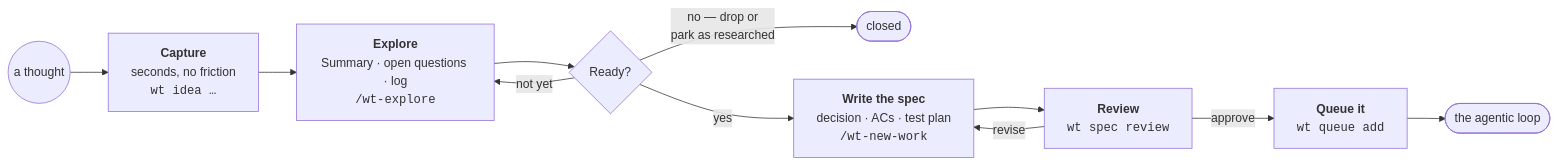
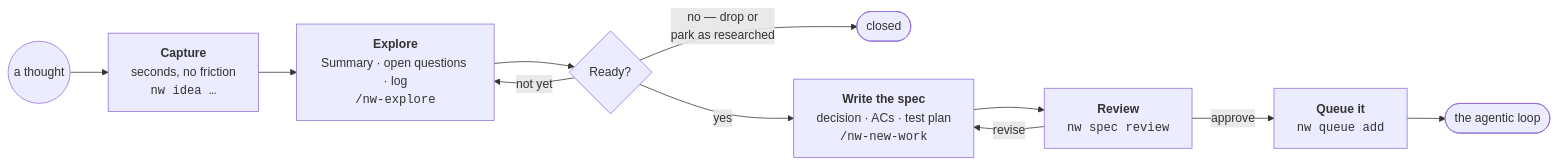
Before and after one commit to brunosmmm/nightwright: the first of 2 diagrams in docs/product/ideas/index.md, drawn with Mermaid. The commit also changed other lines of this file and 495 other files, not shown here.

````diff
--- a/docs/product/ideas/index.md
+++ b/docs/product/ideas/index.md
@@ -7,13 +7,13 @@
 ```mermaid
 flowchart LR
-    T(("a thought")) --> C["<b>Capture</b><br/>seconds, no friction<br/><code>wt idea …</code>"]
-    C --> X["<b>Explore</b><br/>Summary · open questions · log<br/><code>/wt-explore</code>"]
+    T(("a thought")) --> C["<b>Capture</b><br/>seconds, no friction<br/><code>nw idea …</code>"]
+    C --> X["<b>Explore</b><br/>Summary · open questions · log<br/><code>/nw-explore</code>"]
     X --> D{"Ready?"}
     D -- "not yet" --> X
     D -- "no — drop or<br/>park as researched" --> Z(["closed"])
-    D -- "yes" --> S["<b>Write the spec</b><br/>decision · ACs · test plan<br/><code>/wt-new-work</code>"]
-    S --> R["<b>Review</b><br/><code>wt spec review</code>"]
+    D -- "yes" --> S["<b>Write the spec</b><br/>decision · ACs · test plan<br/><code>/nw-new-work</code>"]
+    S --> R["<b>Review</b><br/><code>nw spec review</code>"]
     R -- revise --> S
-    R -- approve --> Q["<b>Queue it</b><br/><code>wt queue add</code>"]
+    R -- approve --> Q["<b>Queue it</b><br/><code>nw queue add</code>"]
     Q --> L(["the agentic loop"])
 ```
````
